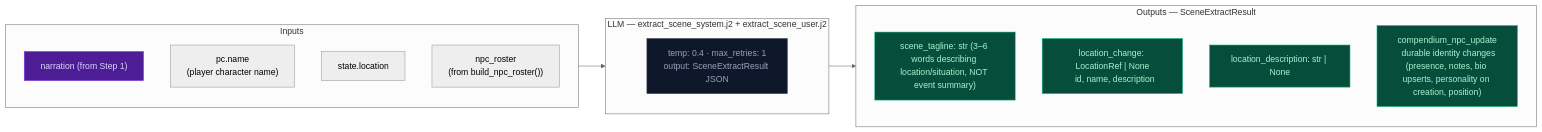
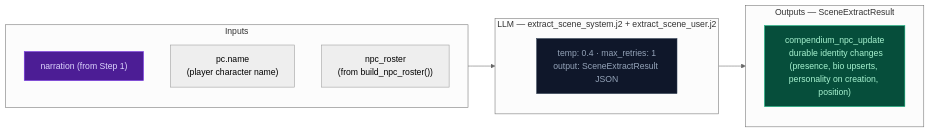
One commit to pww217/fablethread changed the diagram in docs/architecture/step2a-scene.md. Above: the diagram before and after it, drawn with Mermaid (neutral theme). The commit also changed other lines of this file and 44 other files, not shown here.

````diff
--- a/docs/architecture/step2a-scene.md
+++ b/docs/architecture/step2a-scene.md
@@ -7,27 +7,23 @@
 ```mermaid
 flowchart LR
     classDef llmNode fill:#0f172a,color:#94a3b8,stroke:#334155
     classDef xstream fill:#4c1d95,color:#ddd6fe,stroke:#7c3aed
     classDef outNode fill:#064e3b,color:#a7f3d0,stroke:#10b981
 
     subgraph IN["Inputs"]
         S1["narration (from Step 1)"]:::xstream
         S2["pc.name<br>(player character name)"]
-        S3["state.location"]
-        S4["npc_roster<br>(from build_npc_roster())"]
+        S3["npc_roster<br>(from build_npc_roster())"]
     end
 
     subgraph LLM2A["LLM — extract_scene_system.j2 + extract_scene_user.j2"]
         SL["temp: 0.4 · max_retries: 1<br>output: SceneExtractResult JSON"]:::llmNode
     end
 
     subgraph OUT["Outputs — SceneExtractResult"]
-        O1["scene_tagline: str (3–6 words describing location/situation, NOT event summary)"]:::outNode
-        O2["location_change: LocationRef | None<br>  id, name, description"]:::outNode
-        O3["location_description: str | None"]:::outNode
-        O4["compendium_npc_update<br>  durable identity changes (presence, notes, bio upserts, personality on creation, position)"]:::outNode
+        O1["compendium_npc_update<br>  durable identity changes (presence, bio upserts, personality on creation, position)"]:::outNode
     end
 
     IN --> LLM2A
     LLM2A --> OUT
 ```
````
